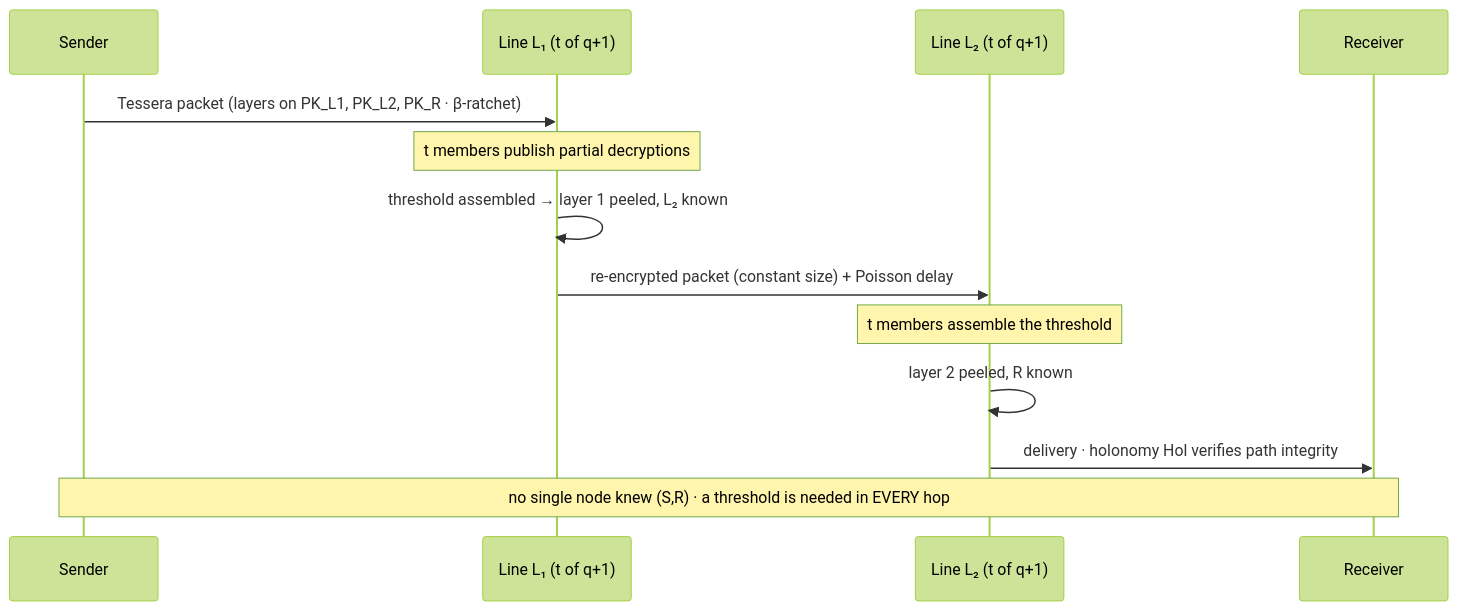
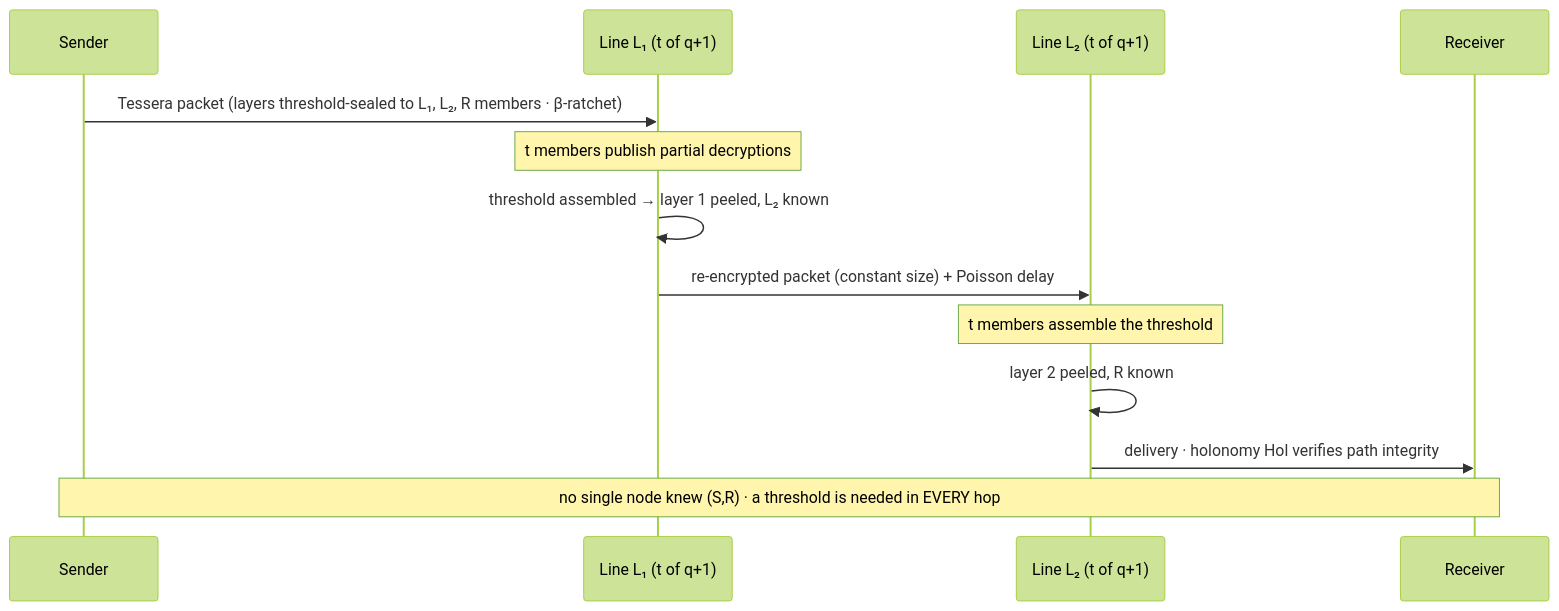
Before and after one commit to old8man/fanos-protocol: the fourth of 8 diagrams in spec/protocol.md, drawn with Mermaid (forest theme). The commit also changed other lines of this file and 7 other files, not shown here.

````diff
--- a/spec/protocol.md
+++ b/spec/protocol.md
@@ -495,15 +499,15 @@
 ```mermaid
 sequenceDiagram
     participant S as Sender
     participant L1 as Line L₁ (t of q+1)
     participant L2 as Line L₂ (t of q+1)
     participant R as Receiver
-    S->>L1: Tessera packet (layers on PK_L1, PK_L2, PK_R · β-ratchet)
+    S->>L1: Tessera packet (layers threshold-sealed to L₁, L₂, R members · β-ratchet)
     Note over L1: t members publish partial decryptions
     L1->>L1: threshold assembled → layer 1 peeled, L₂ known
     L1->>L2: re-encrypted packet (constant size) + Poisson delay
     Note over L2: t members assemble the threshold
     L2->>L2: layer 2 peeled, R known
     L2->>R: delivery · holonomy Hol verifies path integrity
     Note over S,R: no single node knew (S,R) · a threshold is needed in EVERY hop
 ```
````
